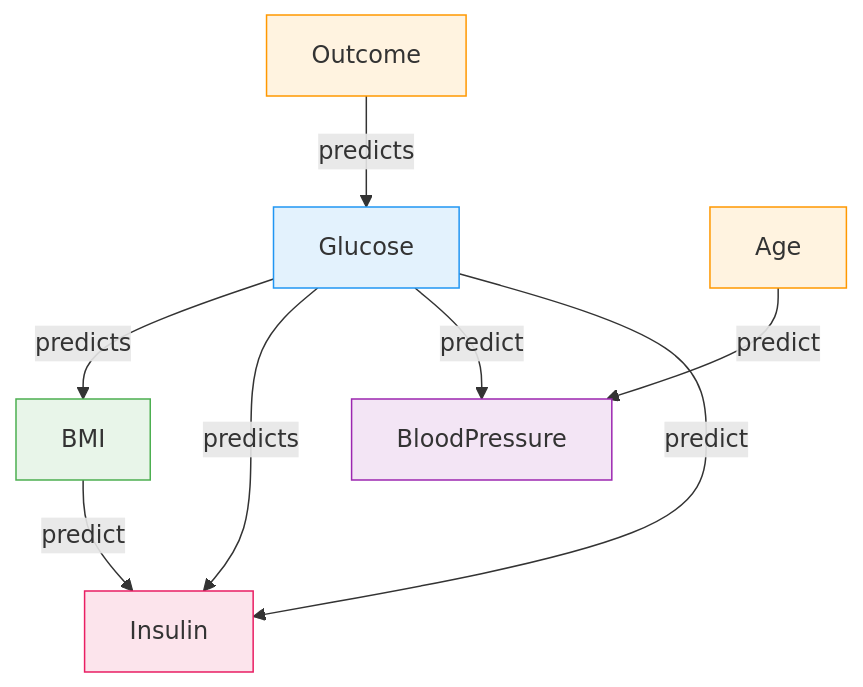
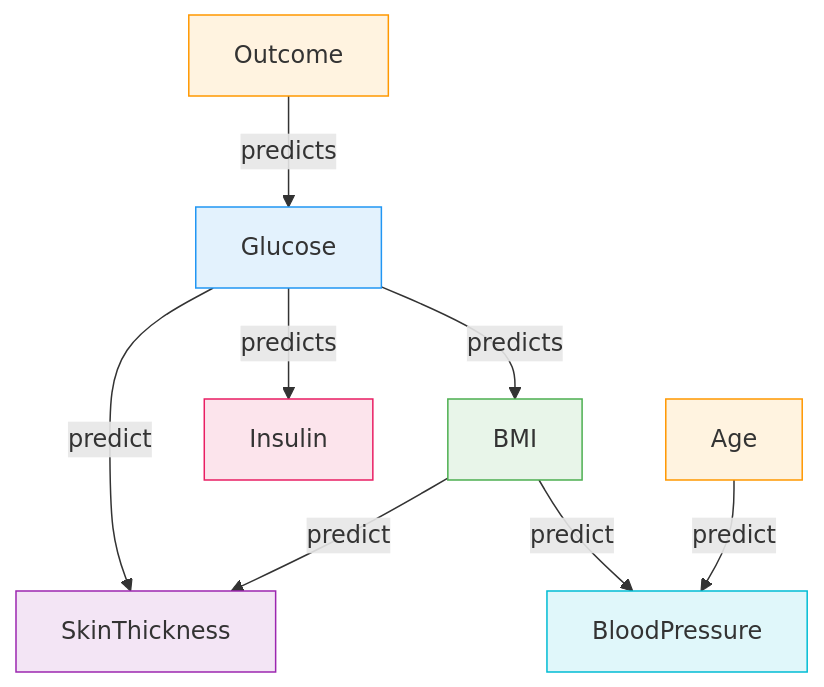
Before and after one commit to buttegggggggg/buttegggggggg.github.io: the second of 5 diagrams in ML.qmd, drawn with Mermaid. The commit also changed other lines of this file and 6 other files, not shown here.

````diff
--- a/ML.qmd
+++ b/ML.qmd
@@ -45,15 +56,16 @@
 ```{mermaid}
 flowchart TD
     A["Outcome"] -->|"predicts"| B["Glucose"]
     B -->|"predicts"| C["BMI"]
     B -->|"predicts"| D["Insulin"]
-    B & E["Age"] -->|"predict"| F["BloodPressure"]
-    C & B -->|"predict"| D
+    C & B -->|"predict"| E["SkinThickness"]
+    F["Age"] & C -->|"predict"| G["BloodPressure"]
 
     style A fill:#fff3e0,stroke:#FF9800
     style B fill:#e3f2fd,stroke:#2196F3
     style C fill:#e8f5e9,stroke:#4CAF50
     style D fill:#fce4ec,stroke:#E91E63
-    style E fill:#fff3e0,stroke:#FF9800
-    style F fill:#f3e5f5,stroke:#9C27B0
+    style E fill:#f3e5f5,stroke:#9C27B0
+    style F fill:#fff3e0,stroke:#FF9800
+    style G fill:#e0f7fa,stroke:#00BCD4
 ```
````
